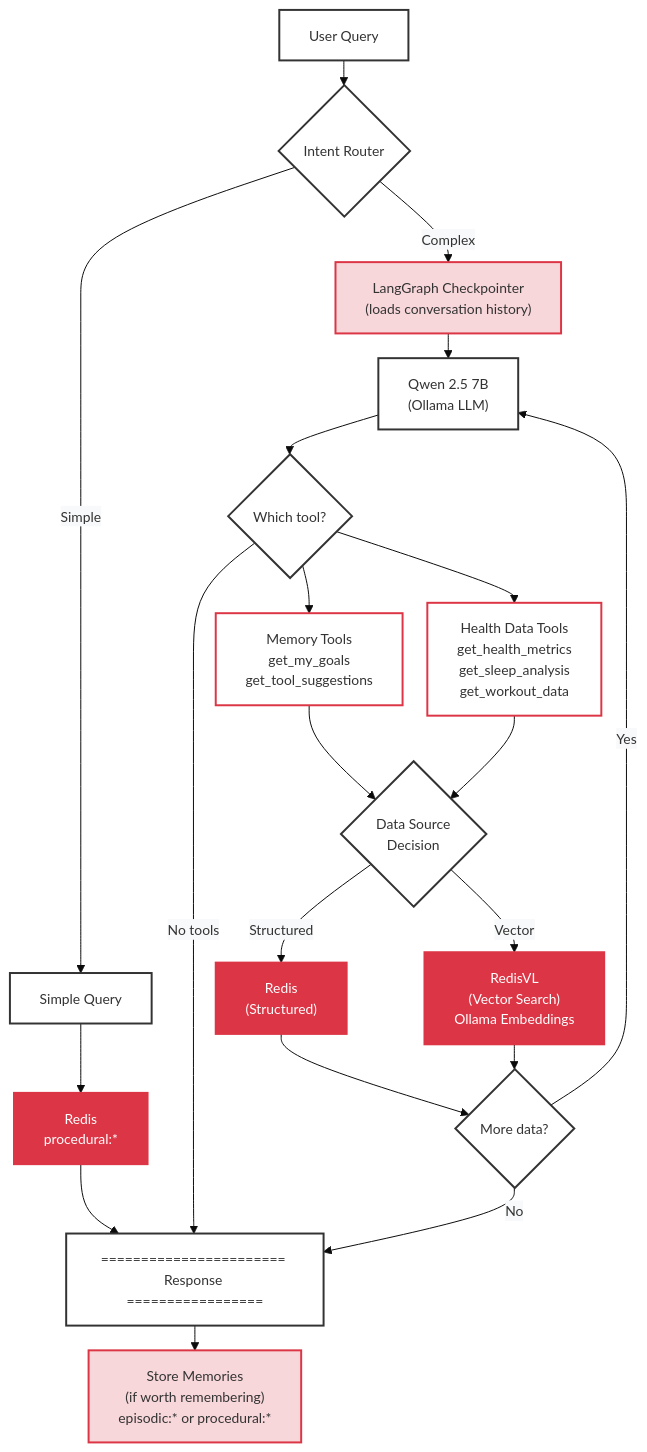
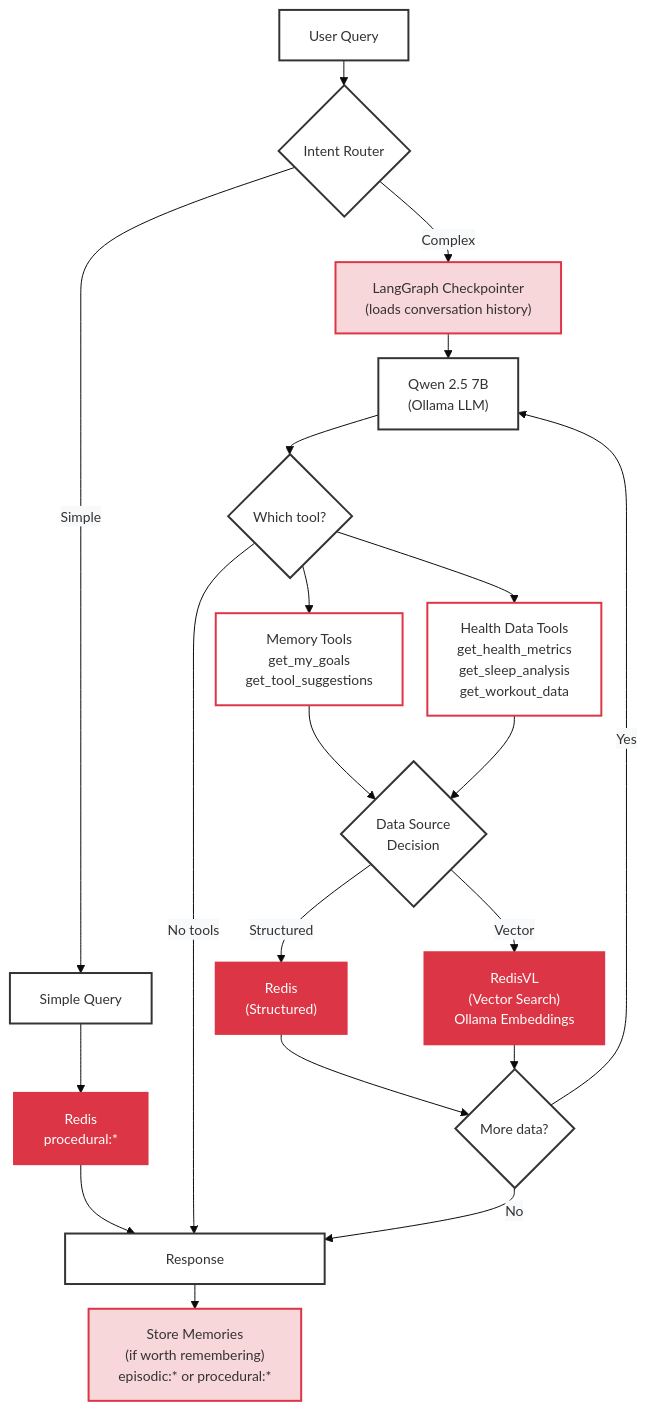
Before and after one commit to AllieRays/redis-wellness: the second of 2 diagrams in docs/STATEFUL_AGENT.md, drawn with Mermaid.

Commit message:
Update terminology: replace 'goal CRUD' with 'simple queries' throughout docs

````diff
--- a/docs/STATEFUL_AGENT.md
+++ b/docs/STATEFUL_AGENT.md
@@ -90,53 +90,53 @@
 ```mermaid
 %%{init: {'theme':'base', 'themeVariables': { 'fontSize':'14px', 'edgeLabelBackground':'#f8f9fa'}, 'flowchart': {'nodeSpacing': 25, 'rankSpacing': 25}}}%%
 flowchart TB
     Query["User Query"]
     Router{"Intent Router"}
     GoalOp["Simple Query"]
     GoalRedis["Redis<br/>procedural:*"]
     Memory["LangGraph Checkpointer<br/>(loads conversation history)"]
     LLM["Qwen 2.5 7B<br/>(Ollama LLM)"]
     Decision{"Which tool?"}
     MemoryTools["Memory Tools<br/>get_my_goals<br/>get_tool_suggestions"]
     HealthTools["Health Data Tools<br/>get_health_metrics<br/>get_sleep_analysis<br/>get_workout_data"]
     DataSource{"Data Source<br/>Decision"}
     RedisStructured["Redis<br/>(Structured)"]
     RedisVector["RedisVL<br/>(Vector Search)<br/>Ollama Embeddings"]
     Loop{"More data?"}
     Store["Store Memories<br/>(if worth remembering)<br/>episodic:* or procedural:*"]
-    Response["======================= Response ================="]
+    Response["&nbsp;&nbsp;&nbsp;&nbsp;&nbsp;&nbsp;&nbsp;&nbsp;&nbsp;&nbsp;&nbsp;&nbsp;&nbsp;&nbsp;&nbsp;&nbsp;&nbsp;&nbsp;&nbsp;&nbsp;Response&nbsp;&nbsp;&nbsp;&nbsp;&nbsp;&nbsp;&nbsp;&nbsp;&nbsp;&nbsp;&nbsp;&nbsp;&nbsp;&nbsp;&nbsp;&nbsp;&nbsp;&nbsp;&nbsp;&nbsp;"]
     Query --> Router
     Router -->|"Simple"| GoalOp
     Router -->|"Complex"| Memory
     GoalOp --> GoalRedis
     GoalRedis --> Response
     Memory --> LLM
     LLM --> Decision
     Decision --> MemoryTools
     Decision --> HealthTools
     Decision -->|No tools| Response
     MemoryTools --> DataSource
     HealthTools --> DataSource
     DataSource -->|Structured| RedisStructured
     DataSource -->|Vector| RedisVector
     RedisStructured --> Loop
     RedisVector --> Loop
     Loop -->|Yes| LLM
     Loop -->|No| Response
     Response --> Store
     style Query fill:#fff,stroke:#333,stroke-width:2px
     style Router fill:#fff,stroke:#333,stroke-width:2px
     style GoalOp fill:#fff,stroke:#333,stroke-width:2px
     style GoalRedis fill:#dc3545,stroke:#dc3545,stroke-width:2px,color:#fff
     style Memory fill:#f8d7da,stroke:#dc3545,stroke-width:2px
     style LLM fill:#fff,stroke:#333,stroke-width:2px
     style Decision fill:#fff,stroke:#333,stroke-width:2px
     style MemoryTools fill:#fff,stroke:#dc3545,stroke-width:2px
     style HealthTools fill:#fff,stroke:#dc3545,stroke-width:2px
     style DataSource fill:#fff,stroke:#333,stroke-width:2px
     style RedisStructured fill:#dc3545,stroke:#dc3545,stroke-width:2px,color:#fff
     style RedisVector fill:#dc3545,stroke:#dc3545,stroke-width:2px,color:#fff
     style Loop fill:#fff,stroke:#333,stroke-width:2px
     style Store fill:#f8d7da,stroke:#dc3545,stroke-width:2px
     style Response fill:#fff,stroke:#333,stroke-width:2px,min-width:500px
 ```
````
